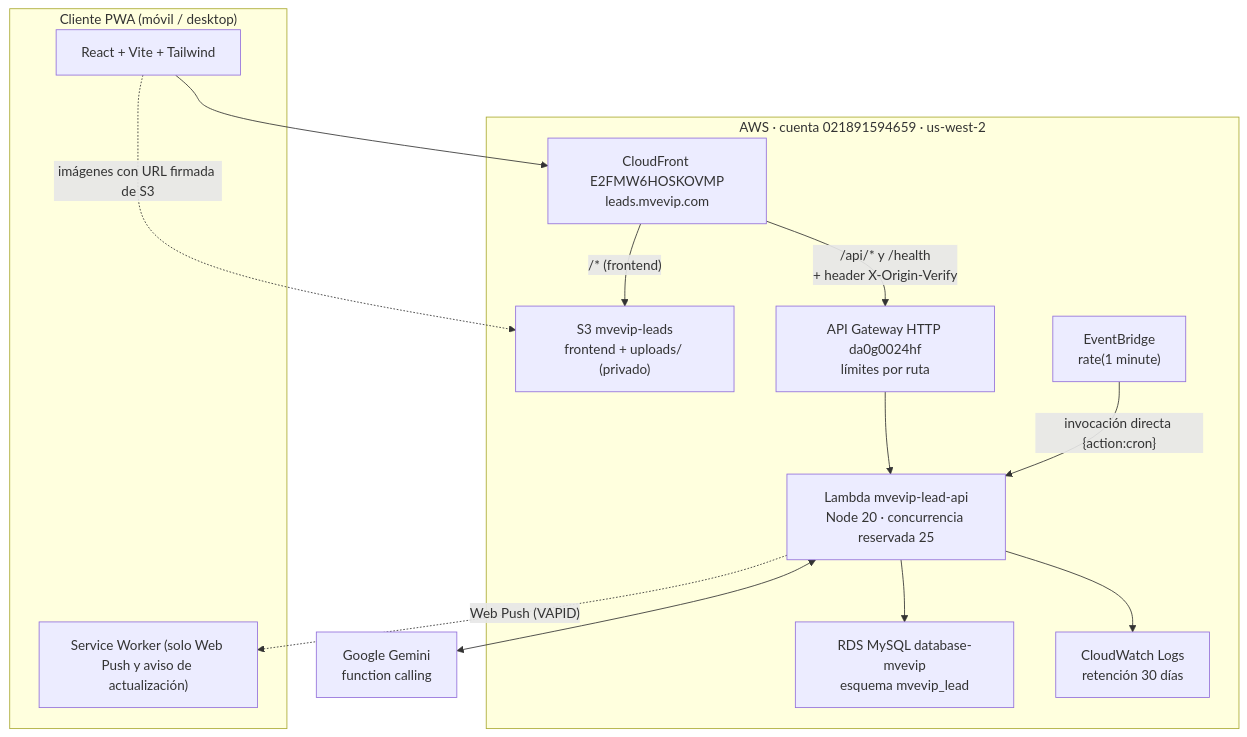
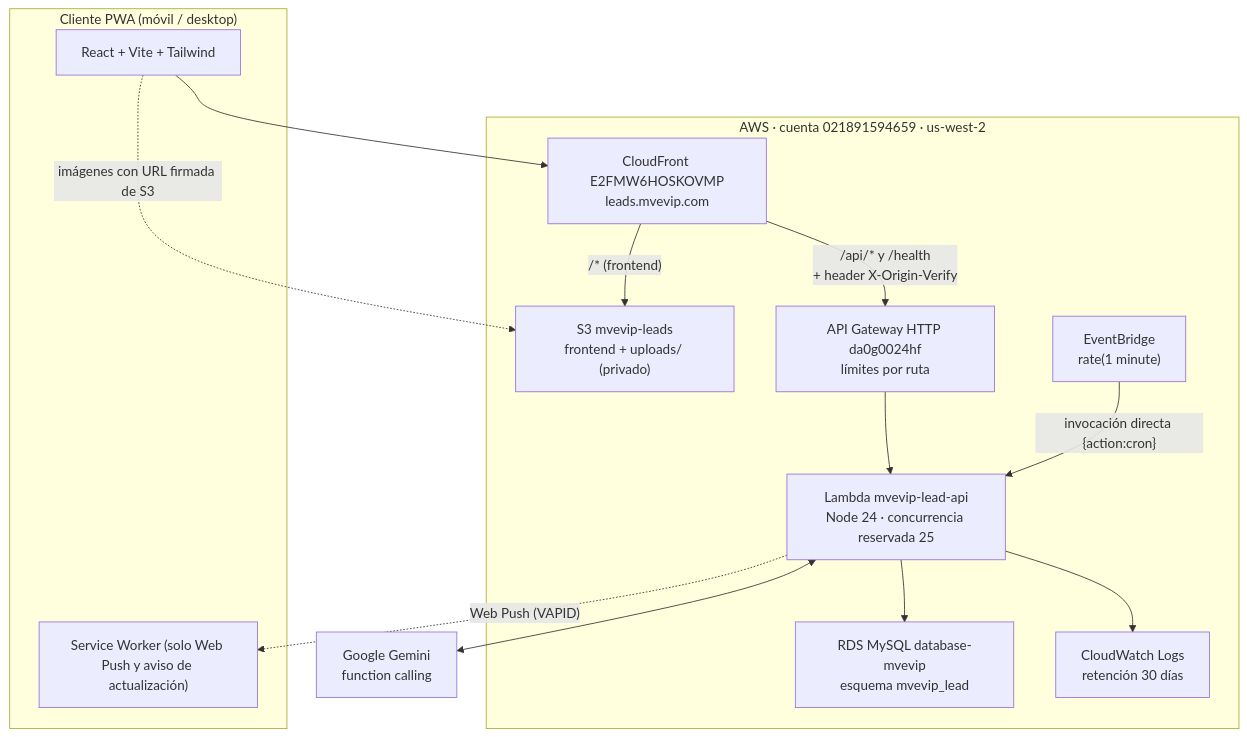
Before and after one commit to mvevip/mvevip-leads-app: the diagram in MEMORIA_TECNICA.md, drawn with Mermaid. The commit also changed other lines of this file and 1 other file, not shown here.

First line of the commit message:
docs: registrar el cambio del runtime de la Lambda a Node 24

````diff
--- a/MEMORIA_TECNICA.md
+++ b/MEMORIA_TECNICA.md
@@ -25,30 +25,30 @@
 ```mermaid
 flowchart TD
     subgraph Cliente ["Cliente PWA (móvil / desktop)"]
         UI["React + Vite + Tailwind"]
         SW["Service Worker (solo Web Push y aviso de actualización)"]
     end
 
     subgraph AWS ["AWS · cuenta 021891594659 · us-west-2"]
         CF["CloudFront E2FMW6HOSKOVMP<br/>leads.mvevip.com"]
         S3["S3 mvevip-leads<br/>frontend + uploads/ (privado)"]
         APIGW["API Gateway HTTP da0g0024hf<br/>límites por ruta"]
-        Lambda["Lambda mvevip-lead-api<br/>Node 20 · concurrencia reservada 25"]
+        Lambda["Lambda mvevip-lead-api<br/>Node 24 · concurrencia reservada 25"]
         EB["EventBridge<br/>rate(1 minute)"]
         RDS["RDS MySQL database-mvevip<br/>esquema mvevip_lead"]
         CW["CloudWatch Logs<br/>retención 30 días"]
     end
 
     Gemini["Google Gemini<br/>function calling"]
 
     UI --> CF
     CF -->|"/* (frontend)"| S3
     CF -->|"/api/* y /health<br/>+ header X-Origin-Verify"| APIGW
     APIGW --> Lambda
     EB -->|"invocación directa {action:cron}"| Lambda
     Lambda --> RDS
     Lambda <--> Gemini
     Lambda --> CW
     Lambda -.->|"Web Push (VAPID)"| SW
     UI -.->|"imágenes con URL firmada de S3"| S3
 ```
````
